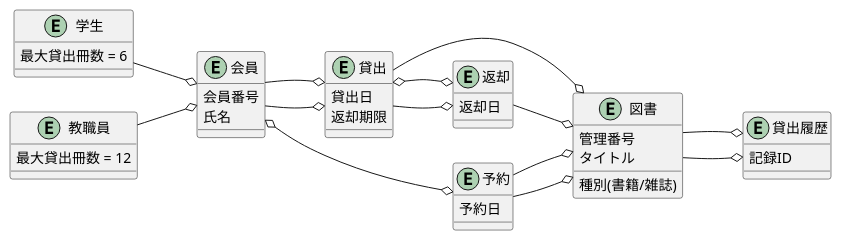
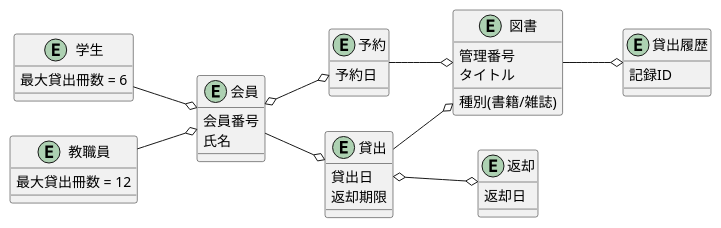
Before and after one commit to mameiku/G3-4: the diagram in domain.pu, drawn with PlantUML.

Commit message:
更新

```diff
--- a/domain.pu
+++ b/domain.pu
@@ -1,58 +1,52 @@
 @startuml
  
 left to right direction
 entity 会員 {
     会員番号
     氏名
 }
  
 entity 学生 {
     最大貸出冊数 = 6
 }
  
 entity 教職員 {
     最大貸出冊数 = 12
 }
  
  
 entity 図書 {
   管理番号
   タイトル
   種別(書籍/雑誌)
 }
  
 entity 貸出 {
   貸出日
   返却期限
 }
  
 entity 返却 {
   返却日
 }
 entity 予約 {
   予約日
 }
 entity 貸出履歴 {
   記録ID
 }
  
 学生 --o 会員
 教職員 --o 会員
  
 会員 --o 貸出
-会員 --o 貸出
 会員 o--o 予約
  
-貸出 --o 返却
-返却 --o 図書
-予約 --o 図書
- 
-図書 --o 貸出履歴
 貸出 o--o 返却
 貸出 --o 図書
 予約 --o 図書
  
 図書 --o 貸出履歴
  
  
 @enduml
```
